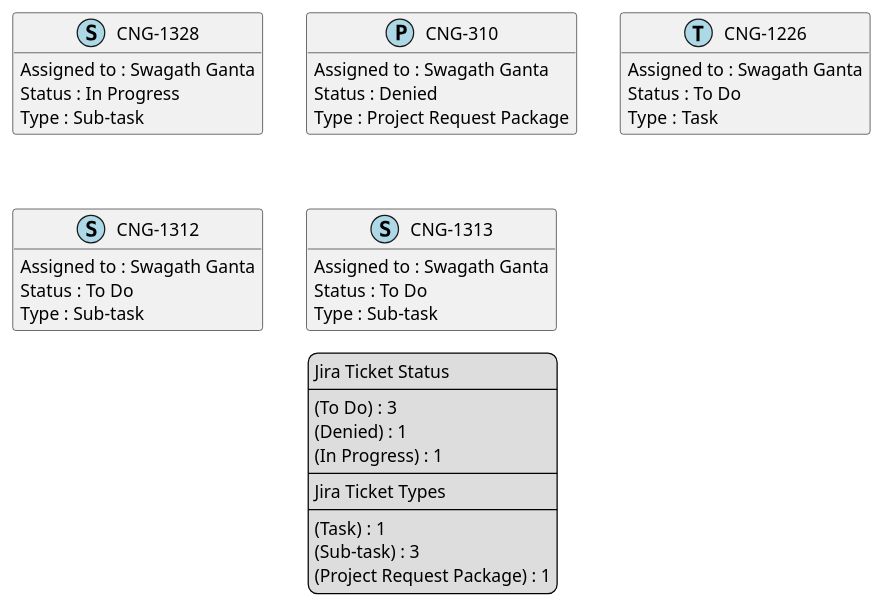
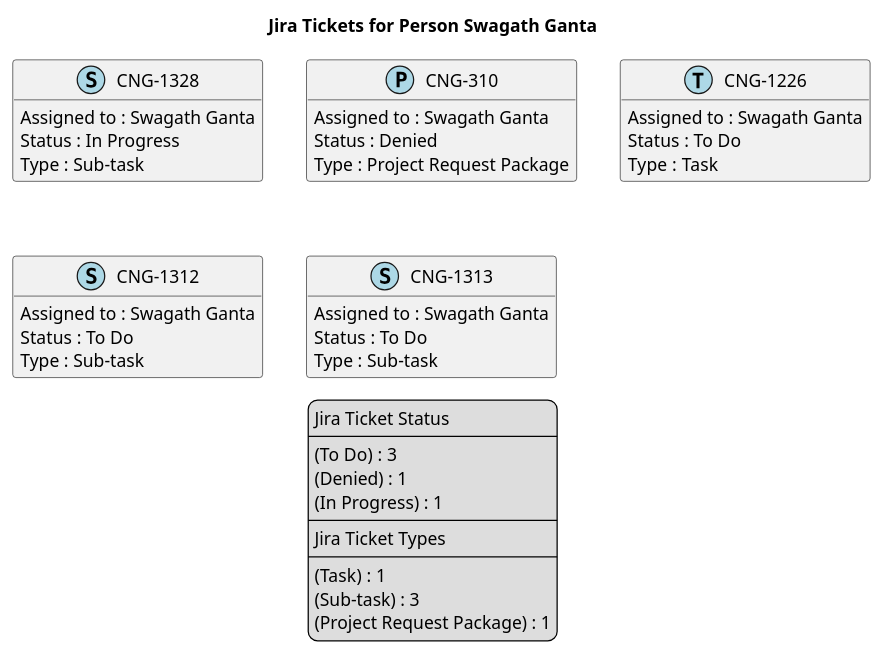
Before and after one commit to brunasti/jiraplotter: the diagram in temp/jira-Person-Swagath_Ganta.puml, drawn with PlantUML. The commit also changed 67 other files, not shown here.

Commit message:
Adds title in diagrams

```diff
--- a/temp/jira-Person-Swagath_Ganta.puml
+++ b/temp/jira-Person-Swagath_Ganta.puml
@@ -1,60 +1,61 @@
 @startuml
 'https://plantuml.com/class-diagram
 
 ' GENERATE CLASS DIAGRAM ===========
-' Generated at    : Thu Apr 18 10:28:35 CEST 2024
+' Generated at    : Thu Apr 18 11:01:10 CEST 2024
 
+title Jira Tickets for Person Swagath Ganta
 hide empty members
 
 legend
 Jira Ticket Status
 ----
 (To Do) : 3
 (Denied) : 1
 (In Progress) : 1
 ----
 Jira Ticket Types
 ----
 (Task) : 1
 (Sub-task) : 3
 (Project Request Package) : 1
 end legend
 
 
 ' Tickets =======
 class "CNG-1328" << (S,lightblue) >> {
   Assigned to : Swagath Ganta
   Status : In Progress
   Type : Sub-task
 }
 
 class "CNG-310" << (P,lightblue) >> {
   Assigned to : Swagath Ganta
   Status : Denied
   Type : Project Request Package
 }
 
 class "CNG-1226" << (T,lightblue) >> {
   Assigned to : Swagath Ganta
   Status : To Do
   Type : Task
 }
 
 class "CNG-1312" << (S,lightblue) >> {
   Assigned to : Swagath Ganta
   Status : To Do
   Type : Sub-task
 }
 
 class "CNG-1313" << (S,lightblue) >> {
   Assigned to : Swagath Ganta
   Status : To Do
   Type : Sub-task
 }
 
 
 
 ' Links =======
 
 
 @enduml
```
